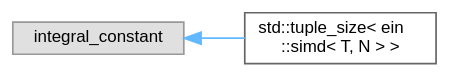
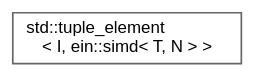
Before and after one commit to ekmett/ein: the diagram in inherit_graph_5.dot, drawn with Graphviz. The commit also changed 45 other files, not shown here.

```diff
--- a/inherit_graph_5.dot
+++ b/inherit_graph_5.dot
@@ -1,11 +1,9 @@
 digraph "Graphical Class Hierarchy"
 {
  // LATEX_PDF_SIZE
   bgcolor="transparent";
   edge [fontname=Helvetica,fontsize=10,labelfontname=Helvetica,labelfontsize=10];
   node [fontname=Helvetica,fontsize=10,shape=box,height=0.2,width=0.4];
   rankdir="LR";
-  Node0 [id="Node000000",label="integral_constant",height=0.2,width=0.4,color="grey60", fillcolor="#E0E0E0", style="filled",tooltip=" "];
-  Node0 -> Node1 [id="edge1_Node000000_Node000001",dir="back",color="steelblue1",style="solid",tooltip=" "];
-  Node1 [id="Node000001",label="std::tuple_size\< ein\l::simd\< T, N \> \>",height=0.2,width=0.4,color="grey40", fillcolor="white", style="filled",URL="$d8/d7b/structstd_1_1tuple__size_3_01ein_1_1simd_3_01_t_00_01_n_01_4_01_4.html",tooltip="needed to support for std::apply"];
+  Node0 [id="Node000000",label="std::tuple_element\l\< I, ein::simd\< T, N \> \>",height=0.2,width=0.4,color="grey40", fillcolor="white", style="filled",URL="$d8/dcc/namespacestd.html#dc/d2d/structstd_1_1tuple__element_3_01_i_00_01ein_1_1simd_3_01_t_00_01_n_01_4_01_4",tooltip="needed to support for std::apply"];
 }
```
